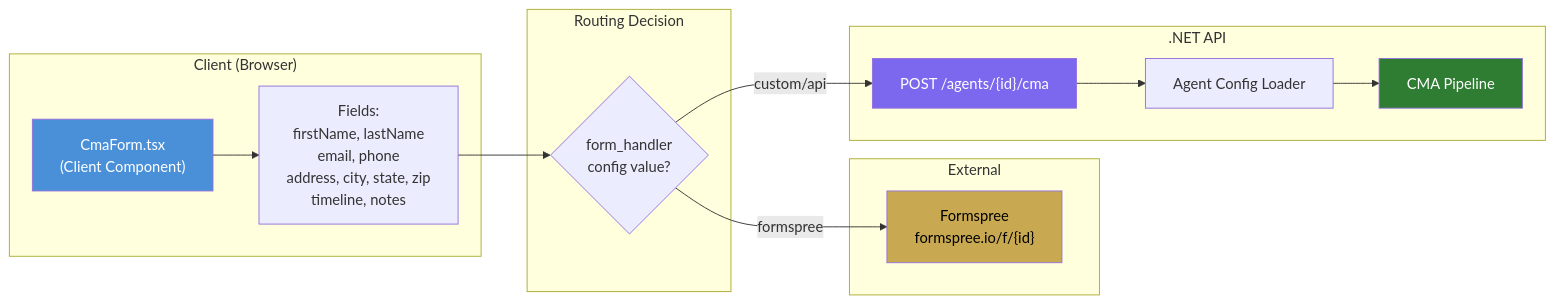
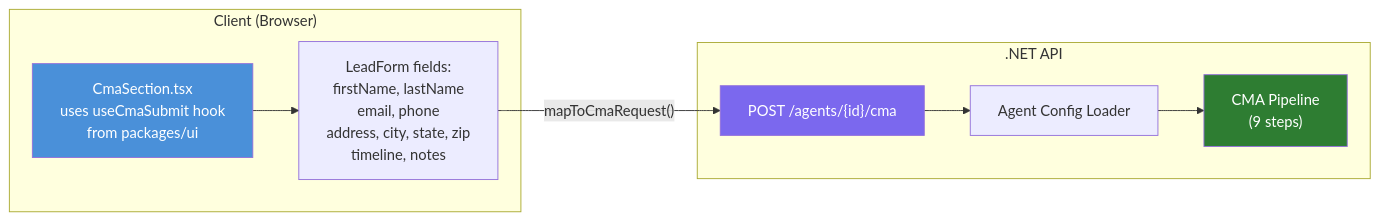
One commit to edward-rosado/jenisesells-website changed the second of 2 diagrams in docs/architecture/cma-pipeline.md. Above: the diagram before and after it, drawn with Mermaid. The commit also changed other lines of this file and 34 other files, not shown here.

First line of the commit message:
feat: consolidate CMA form submission into packages/ui, remove Formspree

````diff
--- a/docs/architecture/cma-pipeline.md
+++ b/docs/architecture/cma-pipeline.md
@@ -55,33 +51,22 @@
 ```mermaid
 flowchart LR
     subgraph "Client (Browser)"
-        form["CmaForm.tsx<br/>(Client Component)"]
-        fields["Fields:<br/>firstName, lastName<br/>email, phone<br/>address, city, state, zip<br/>timeline, notes"]
-    end
-
-    subgraph "Routing Decision"
-        handler{form_handler<br/>config value?}
-    end
-
-    subgraph "External"
-        formspree["Formspree<br/>formspree.io/f/{id}"]
+        form["CmaSection.tsx<br/>uses useCmaSubmit hook<br/>from packages/ui"]
+        fields["LeadForm fields:<br/>firstName, lastName<br/>email, phone<br/>address, city, state, zip<br/>timeline, notes"]
     end
 
     subgraph ".NET API"
         endpoint["POST /agents/{id}/cma"]
         config["Agent Config Loader"]
-        pipeline["CMA Pipeline"]
+        pipeline["CMA Pipeline<br/>(9 steps)"]
     end
 
     form --> fields
-    fields --> handler
-    handler -->|"formspree"| formspree
-    handler -->|"custom/api"| endpoint
+    fields -->|"mapToCmaRequest()"| endpoint
     endpoint --> config
     config --> pipeline
 
     style form fill:#4A90D9,color:#fff
-    style formspree fill:#C8A951,color:#000
     style endpoint fill:#7B68EE,color:#fff
     style pipeline fill:#2E7D32,color:#fff
 ```
````
